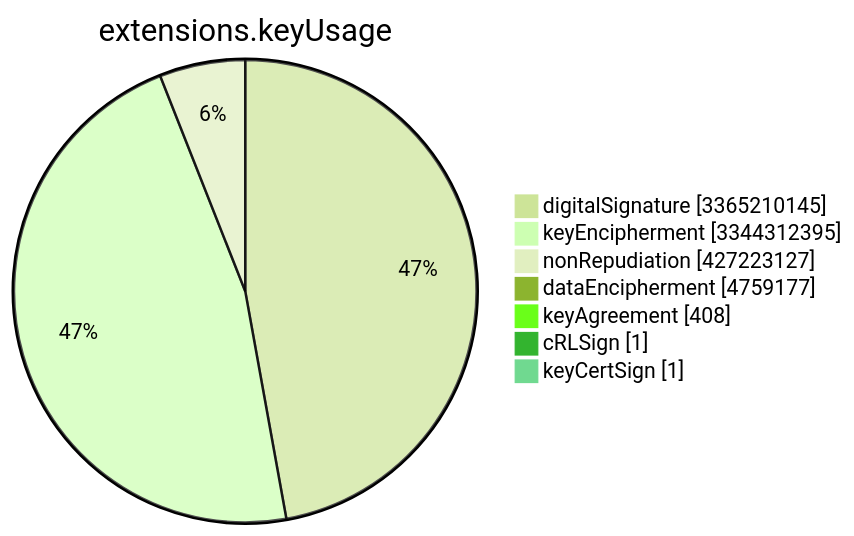
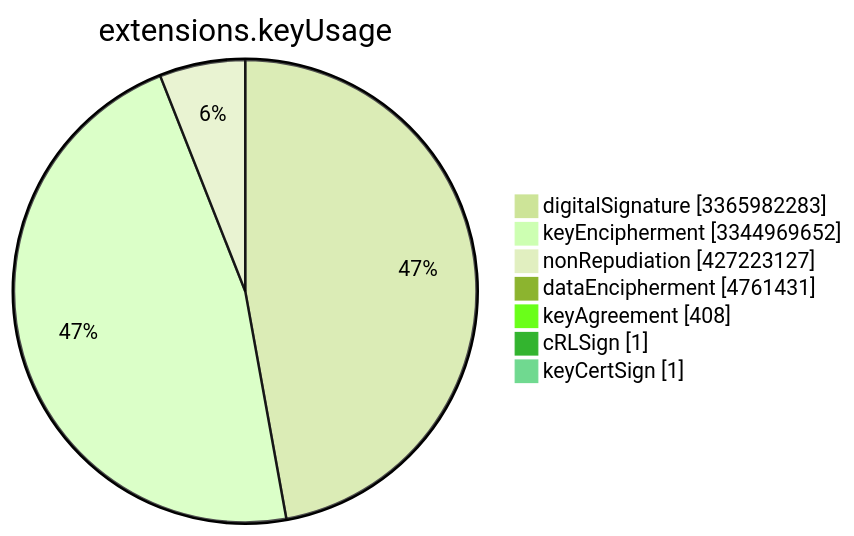
One commit to christiankrug/ctmonitor_visualization changed the sixth of 15 diagrams in TOTAL/README.md. Above: the diagram before and after it, drawn with Mermaid (forest theme). The commit also changed other lines of this file, not shown here.

````diff
--- a/TOTAL/README.md
+++ b/TOTAL/README.md
@@ -3079,11 +3079,11 @@
 ```mermaid
 pie showData
 title extensions.keyUsage
-"digitalSignature" :3365210145
-"keyEncipherment" :3344312395
+"digitalSignature" :3365982283
+"keyEncipherment" :3344969652
 "nonRepudiation" :427223127
-"dataEncipherment" :4759177
+"dataEncipherment" :4761431
 "keyAgreement" :408
 "cRLSign" :1
 "keyCertSign" :1
 ```
````
